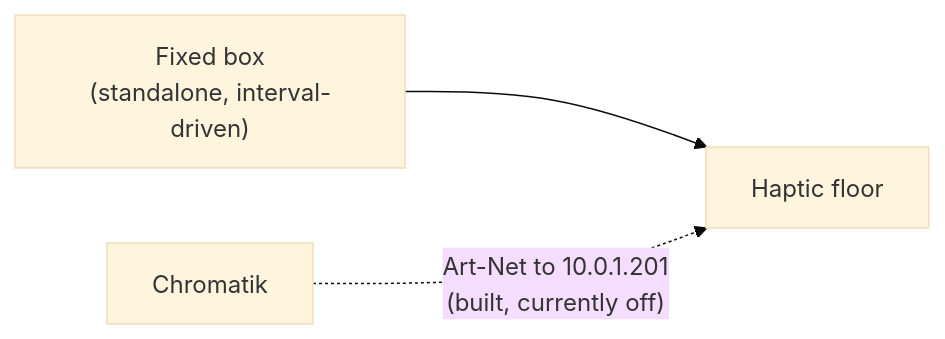
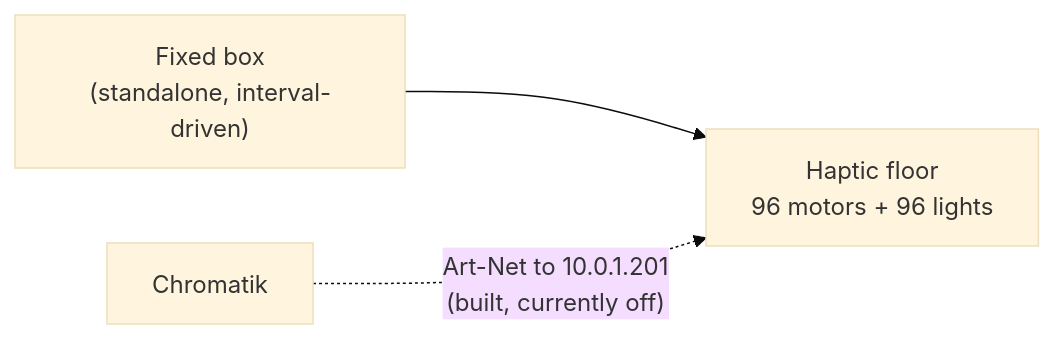
The diagram in docs/infrastructure/haptics.md (Apotheneum/Apotheneum), drawn with Mermaid (base theme) before and after one commit. The commit also changed other lines of this file and 2 other files, not shown here.

First line of the commit message:
Each haptic triangle position has a light as well as a motor

````diff
--- a/docs/infrastructure/haptics.md
+++ b/docs/infrastructure/haptics.md
@@ -11,5 +11,5 @@
 ```mermaid
 flowchart LR
-    BOX["Fixed box<br>(standalone, interval-driven)"] --> FLOOR["Haptic floor"]
+    BOX["Fixed box<br>(standalone, interval-driven)"] --> FLOOR["Haptic floor<br>96 motors + 96 lights"]
     CHR["Chromatik"] -.->|"Art-Net to 10.0.1.201<br>(built, currently off)"| FLOOR
 ```
````
